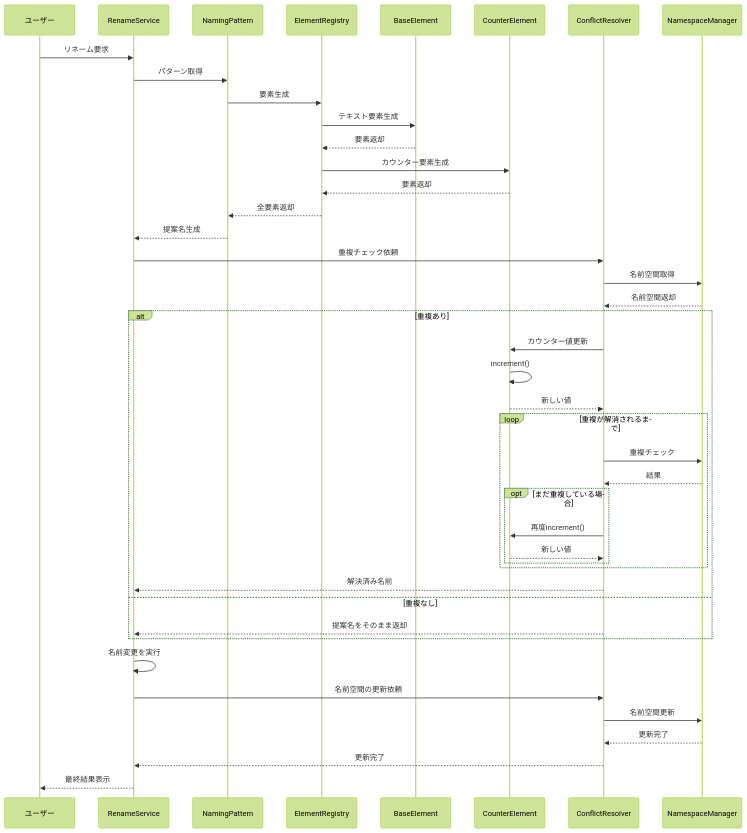
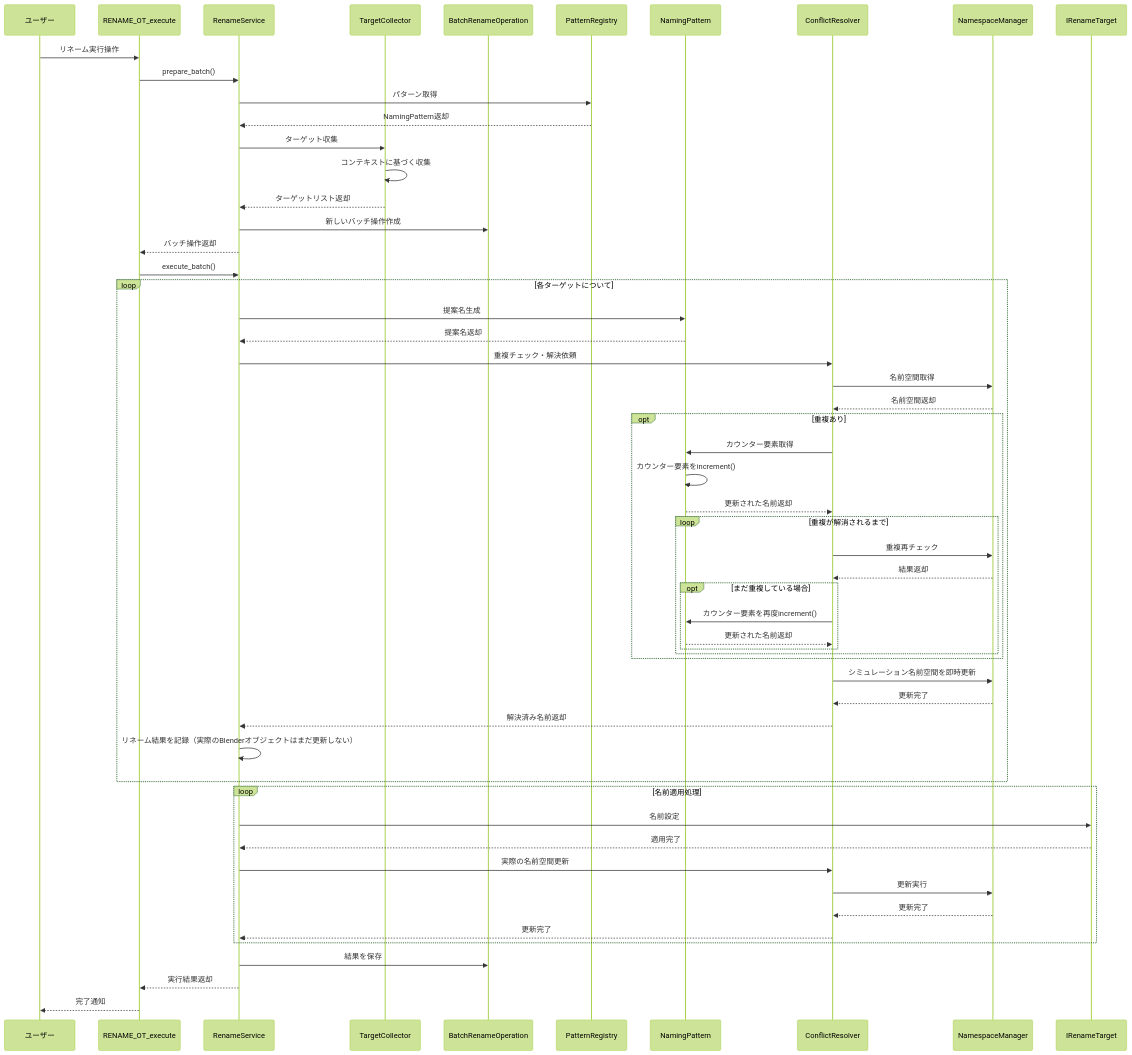
The first of 3 diagrams in docs/source/development/design_notes/class_diagrams.rst (Pluglug/modular-renamer), drawn with Mermaid (forest theme) before and after one commit. The commit also changed other lines of this file, not shown here.

Commit message:
Clarified the duplicate avoidance process for bulk renames. Defined new BatchRenameOperation and RenameResult classes, and clarified dependencies on RenameService.

```diff
--- a/docs/source/development/design_notes/class_diagrams.rst
+++ b/docs/source/development/design_notes/class_diagrams.rst
@@ -5,58 +5,74 @@
 .. mermaid::
-    :caption: リネーム処理フロー
+    :caption: 順次処理型一括リネーム処理フロー
     :zoom:
 
     sequenceDiagram
         participant ユーザー
+        participant RENAME_OT_execute
         participant RenameService
+        participant TargetCollector
+        participant BatchRenameOperation
+        participant PatternRegistry
         participant NamingPattern
-        participant ElementRegistry
-        participant BaseElement
-        participant CounterElement
         participant ConflictResolver
         participant NamespaceManager
         
-        ユーザー->>RenameService: リネーム要求
-        RenameService->>NamingPattern: パターン取得
-        NamingPattern->>ElementRegistry: 要素生成
+        ユーザー->>RENAME_OT_execute: リネーム実行操作
+        RENAME_OT_execute->>RenameService: prepare_batch()
         
-        ElementRegistry->>BaseElement: テキスト要素生成
-        BaseElement-->>ElementRegistry: 要素返却
+        RenameService->>PatternRegistry: パターン取得
+        PatternRegistry-->>RenameService: NamingPattern返却
         
-        ElementRegistry->>CounterElement: カウンター要素生成
-        CounterElement-->>ElementRegistry: 要素返却
+        RenameService->>TargetCollector: ターゲット収集
+        TargetCollector->>TargetCollector: コンテキストに基づく収集
+        TargetCollector-->>RenameService: ターゲットリスト返却
         
-        ElementRegistry-->>NamingPattern: 全要素返却
-        NamingPattern-->>RenameService: 提案名生成
+        RenameService->>BatchRenameOperation: 新しいバッチ操作作成
+        RenameService-->>RENAME_OT_execute: バッチ操作返却
         
-        RenameService->>ConflictResolver: 重複チェック依頼
-        ConflictResolver->>NamespaceManager: 名前空間取得
-        NamespaceManager-->>ConflictResolver: 名前空間返却
+        RENAME_OT_execute->>RenameService: execute_batch()
         
-        alt 重複あり
-            ConflictResolver->>CounterElement: カウンター値更新
-            CounterElement->>CounterElement: increment()
-            CounterElement-->>ConflictResolver: 新しい値
+        loop 各ターゲットについて
+            RenameService->>NamingPattern: 提案名生成
+            NamingPattern-->>RenameService: 提案名返却
             
-            loop 重複が解消されるまで
-                ConflictResolver->>NamespaceManager: 重複チェック
-                NamespaceManager-->>ConflictResolver: 結果
+            RenameService->>ConflictResolver: 重複チェック・解決依頼
+            ConflictResolver->>NamespaceManager: 名前空間取得
+            NamespaceManager-->>ConflictResolver: 名前空間返却
+            
+            opt 重複あり
+                ConflictResolver->>NamingPattern: カウンター要素取得
+                NamingPattern->>NamingPattern: カウンター要素をincrement()
+                NamingPattern-->>ConflictResolver: 更新された名前返却
                 
-                opt まだ重複している場合
-                    ConflictResolver->>CounterElement: 再度increment()
-                    CounterElement-->>ConflictResolver: 新しい値
+                loop 重複が解消されるまで
+                    ConflictResolver->>NamespaceManager: 重複再チェック
+                    NamespaceManager-->>ConflictResolver: 結果返却
+                    
+                    opt まだ重複している場合
+                        ConflictResolver->>NamingPattern: カウンター要素を再度increment()
+                        NamingPattern-->>ConflictResolver: 更新された名前返却
+                    end
                 end
             end
             
-            ConflictResolver-->>RenameService: 解決済み名前
-        else 重複なし
-            ConflictResolver-->>RenameService: 提案名をそのまま返却
+            ConflictResolver->>NamespaceManager: シミュレーション名前空間を即時更新
+            NamespaceManager-->>ConflictResolver: 更新完了
+            ConflictResolver-->>RenameService: 解決済み名前返却
+            
+            RenameService->>RenameService: リネーム結果を記録（実際のBlenderオブジェクトはまだ更新しない）
         end
         
-        RenameService->>RenameService: 名前変更を実行
-        RenameService->>ConflictResolver: 名前空間の更新依頼
-        ConflictResolver->>NamespaceManager: 名前空間更新
-        NamespaceManager-->>ConflictResolver: 更新完了
-        ConflictResolver-->>RenameService: 更新完了
+        loop 名前適用処理
+            RenameService->>IRenameTarget: 名前設定
+            IRenameTarget-->>RenameService: 適用完了
+            
+            RenameService->>ConflictResolver: 実際の名前空間更新
+            ConflictResolver->>NamespaceManager: 更新実行
+            NamespaceManager-->>ConflictResolver: 更新完了
+            ConflictResolver-->>RenameService: 更新完了
+        end
         
-        RenameService-->>ユーザー: 最終結果表示
+        RenameService->>BatchRenameOperation: 結果を保存
+        RenameService-->>RENAME_OT_execute: 実行結果返却
+        RENAME_OT_execute-->>ユーザー: 完了通知
```
